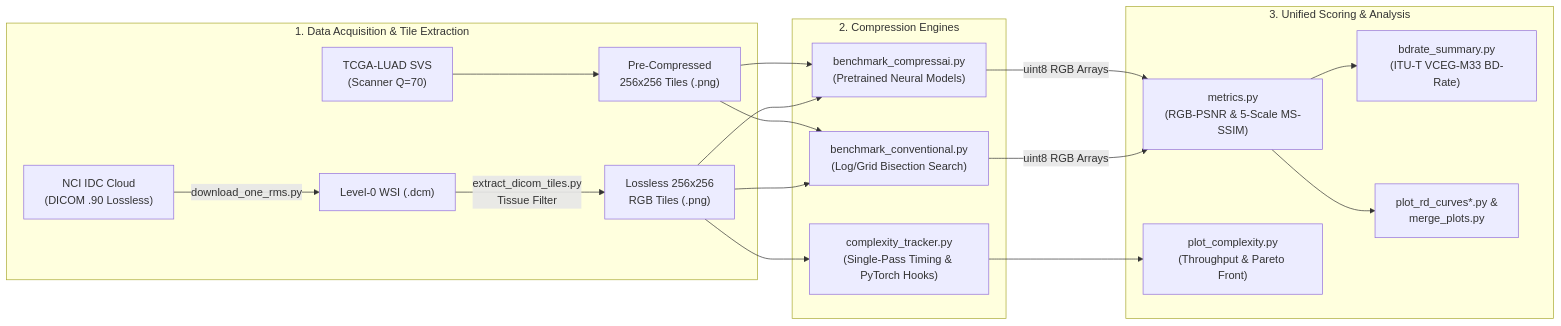
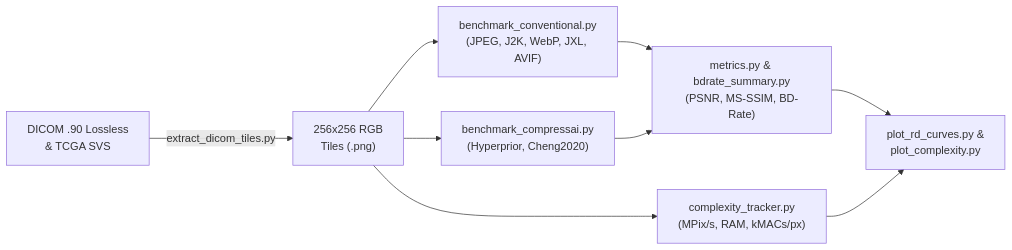
Before and after one commit to leosfitquest/wsi-compression-benchmark: the diagram in README.md, drawn with Mermaid. The commit also changed other lines of this file and 2 other files, not shown here.

````diff
--- a/README.md
+++ b/README.md
@@ -28,21 +19,9 @@
 ```mermaid
 flowchart LR
-    subgraph Data["1. Data Acquisition & Tile Extraction"]
-        A["NCI IDC Cloud\n(DICOM .90 Lossless)"] -->|download_one_rms.py| B["Level-0 WSI (.dcm)"]
-        B -->|extract_dicom_tiles.py\nTissue Filter| C["Lossless 256x256\nRGB Tiles (.png)"]
-        D["TCGA-LUAD SVS\n(Scanner Q=70)"] --> E["Pre-Compressed\n256x256 Tiles (.png)"]
-    end
-
-    subgraph Bench["2. Compression Engines"]
-        C & E --> F["benchmark_conventional.py\n(Log/Grid Bisection Search)"]
-        C & E --> G["benchmark_compressai.py\n(Pretrained Neural Models)"]
-        C --> H["complexity_tracker.py\n(Single-Pass Timing & PyTorch Hooks)"]
-    end
-
-    subgraph Eval["3. Unified Scoring & Analysis"]
-        F & G -->|uint8 RGB Arrays| I["metrics.py\n(RGB-PSNR & 5-Scale MS-SSIM)"]
-        I --> J["bdrate_summary.py\n(ITU-T VCEG-M33 BD-Rate)"]
-        I --> K["plot_rd_curves*.py &\nmerge_plots.py"]
-        H --> L["plot_complexity.py\n(Throughput & Pareto Front)"]
-    end
+    A["DICOM .90 Lossless\n& TCGA SVS"] -->|extract_dicom_tiles.py| B["256x256 RGB\nTiles (.png)"]
+    B --> C["benchmark_conventional.py\n(JPEG, J2K, WebP, JXL, AVIF)"]
+    B --> D["benchmark_compressai.py\n(Hyperprior, Cheng2020)"]
+    B --> E["complexity_tracker.py\n(MPix/s, RAM, kMACs/px)"]
+    C & D --> F["metrics.py & bdrate_summary.py\n(PSNR, MS-SSIM, BD-Rate)"]
+    F & E --> G["plot_rd_curves.py &\nplot_complexity.py"]
 ```
````
